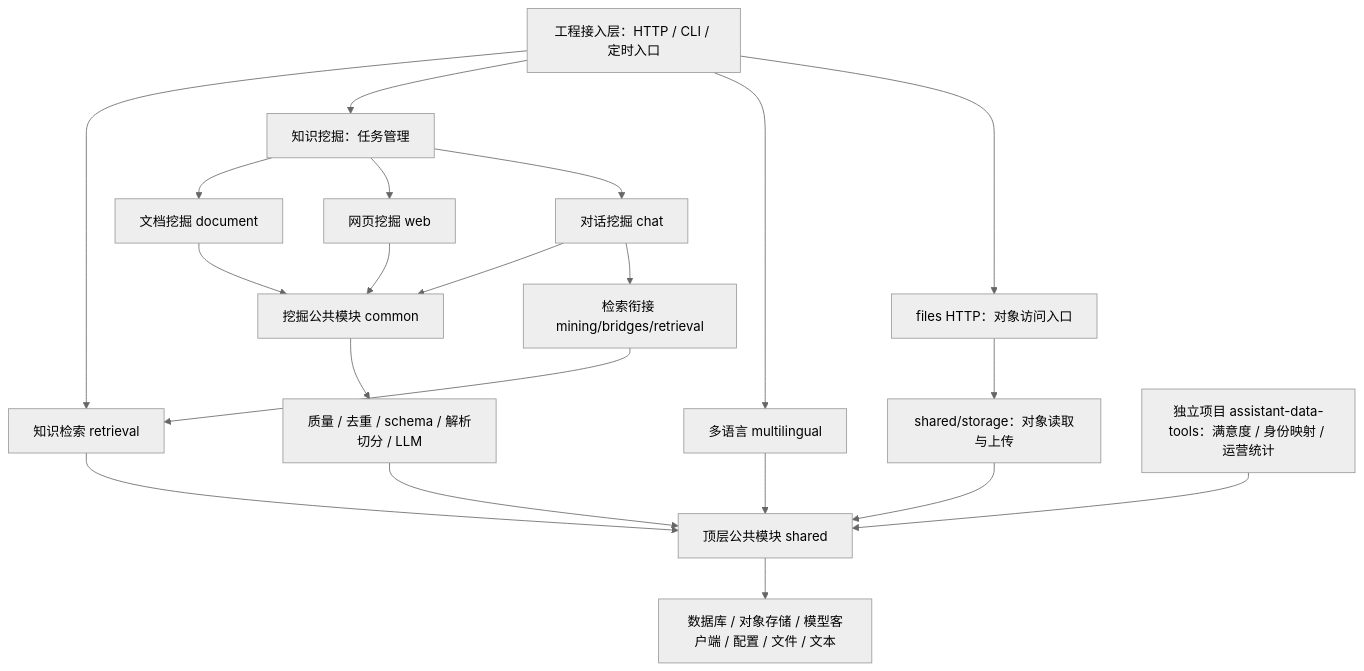
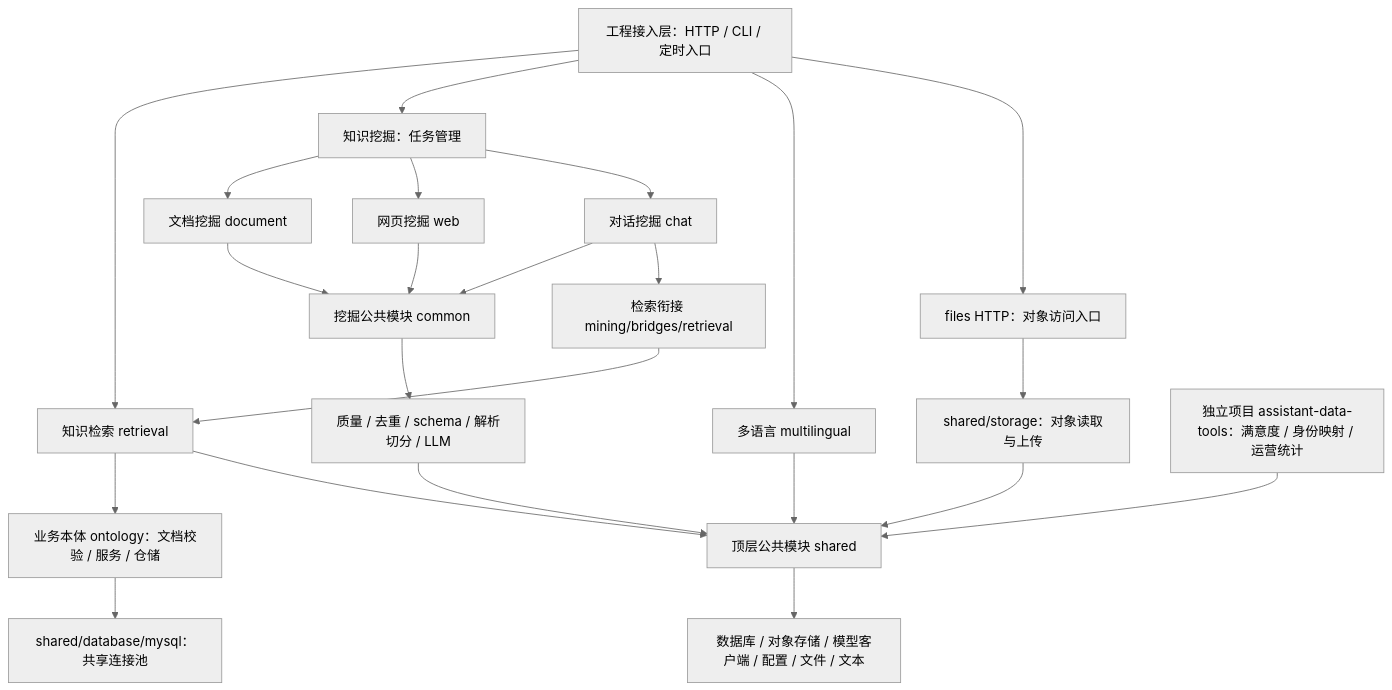
Before and after one commit to chenqishi/kdb-forge: the diagram in docs/Architecture_Overview_Diagram.md, drawn with Mermaid (neutral theme). The commit also changed other lines of this file and 71 other files, not shown here.

````diff
--- a/docs/Architecture_Overview_Diagram.md
+++ b/docs/Architecture_Overview_Diagram.md
@@ -7,24 +7,26 @@
 ```mermaid
 flowchart TB
   ENTRY[工程接入层：HTTP / CLI / 定时入口]
   ENTRY --> RET[知识检索 retrieval]
+  RET --> ONTOLOGY[业务本体 ontology：文档校验 / 服务 / 仓储]
+  ONTOLOGY --> MYSQL[shared/database/mysql：共享连接池]
   ENTRY --> TASK[知识挖掘：任务管理]
   ENTRY --> LANG[多语言 multilingual]
   ENTRY --> FILES[files HTTP：对象访问入口]
   FILES --> STORAGE[shared/storage：对象读取与上传]
   TASK --> DOC[文档挖掘 document]
   TASK --> WEB[网页挖掘 web]
   TASK --> CHAT[对话挖掘 chat]
   DOC --> COMMON[挖掘公共模块 common]
   WEB --> COMMON
   CHAT --> COMMON
   CHAT --> BRIDGE[检索衔接 mining/bridges/retrieval]
   BRIDGE --> RET
   COMMON --> QUALITY[质量 / 去重 / schema / 解析切分 / LLM]
   RET --> SHARED[顶层公共模块 shared]
   QUALITY --> SHARED
   LANG --> SHARED
   STORAGE --> SHARED
   SHARED --> INFRA[数据库 / 对象存储 / 模型客户端 / 配置 / 文件 / 文本]
   AUX[独立项目 assistant-data-tools：满意度 / 身份映射 / 运营统计] --> SHARED
 ```
````
